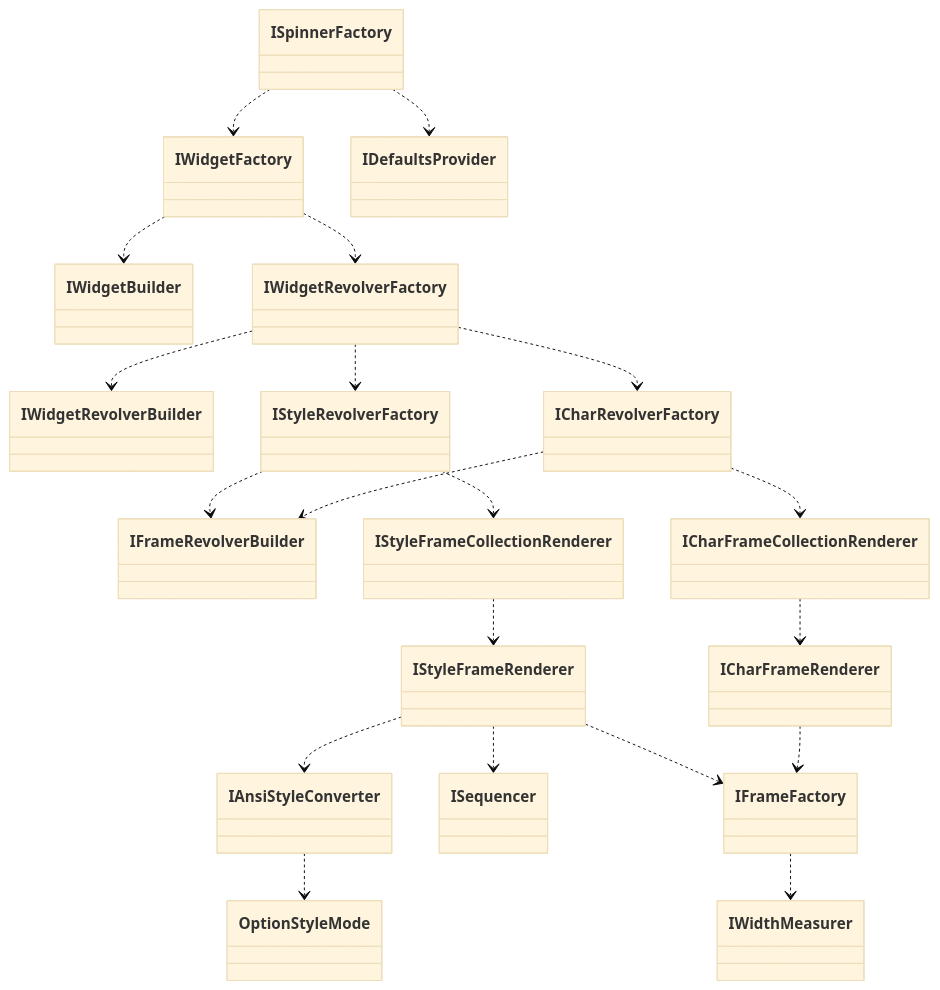
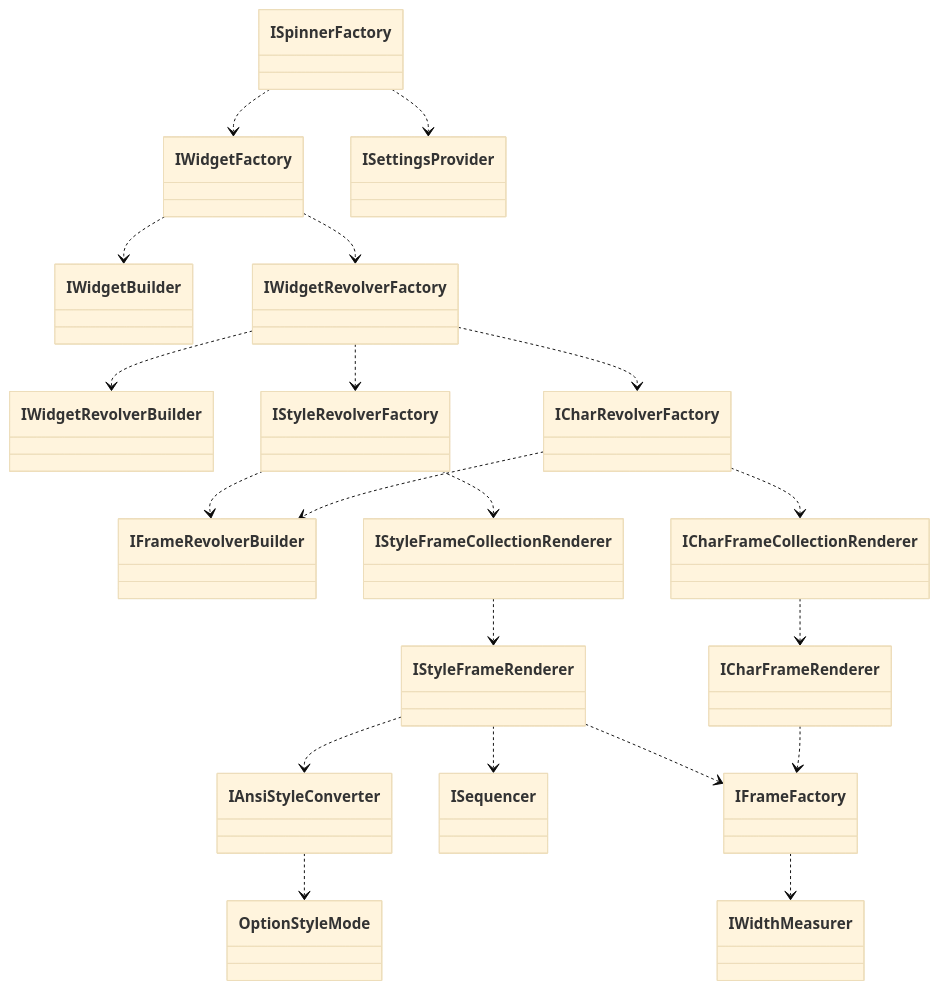
The second of 3 diagrams in doc/info/chart/services.md (alecrabbit/php-console-spinner), drawn with Mermaid (base theme) before and after one commit. The commit also changed other lines of this file and 1 other file, not shown here.

````diff
--- a/doc/info/chart/services.md
+++ b/doc/info/chart/services.md
@@ -71,35 +71,35 @@
 ```mermaid
 classDiagram
     direction TB
     ISpinnerFactory ..> IWidgetFactory
-    ISpinnerFactory ..> IDefaultsProvider
+    ISpinnerFactory ..> ISettingsProvider
 
     IWidgetFactory ..> IWidgetBuilder
     IWidgetFactory ..> IWidgetRevolverFactory
 
     IWidgetRevolverFactory ..> IWidgetRevolverBuilder
     IWidgetRevolverFactory ..> IStyleRevolverFactory
     IWidgetRevolverFactory ..> ICharRevolverFactory
 
     IStyleRevolverFactory ..> IFrameRevolverBuilder
     IStyleRevolverFactory ..> IStyleFrameCollectionRenderer
 
     ICharRevolverFactory ..> IFrameRevolverBuilder
     ICharRevolverFactory ..> ICharFrameCollectionRenderer
 
     IStyleFrameCollectionRenderer ..> IStyleFrameRenderer
 
     ICharFrameCollectionRenderer ..> ICharFrameRenderer
 
     IStyleFrameRenderer ..> IAnsiStyleConverter
     IStyleFrameRenderer ..> ISequencer
     IStyleFrameRenderer ..> IFrameFactory
 
     ICharFrameRenderer ..> IFrameFactory
 
     IAnsiStyleConverter ..> OptionStyleMode
 
     IFrameFactory ..> IWidthMeasurer
 
 
 ```
````
